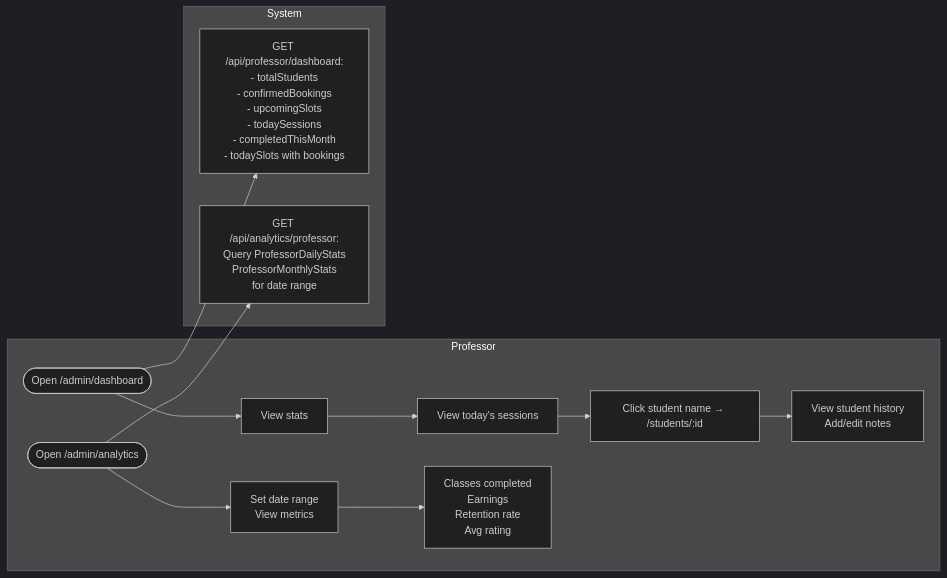
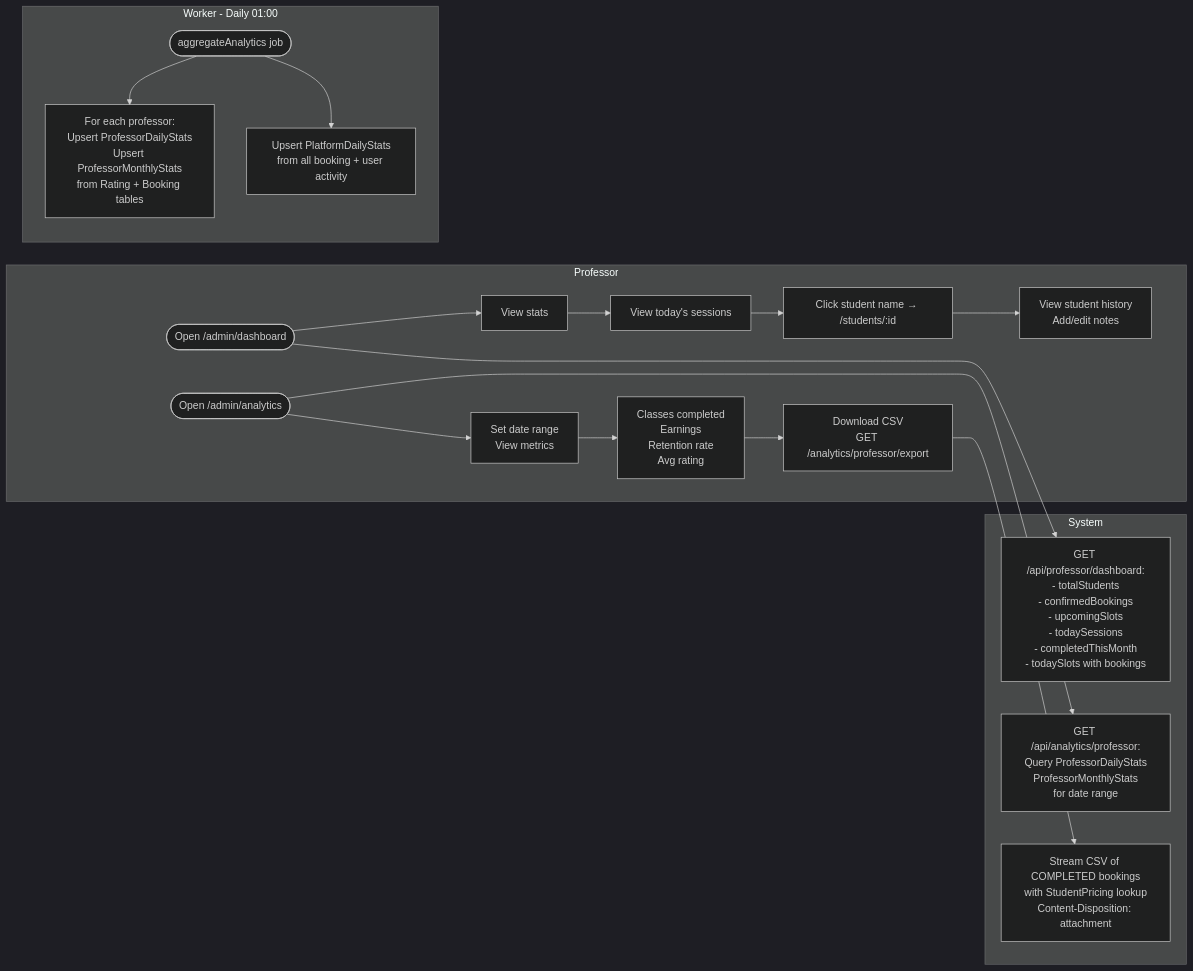
Before and after one commit to thekgiga/spanish-class: diagram 15 of 21 in docs/bpmn/processes-overview.md, drawn with Mermaid (dark theme). The commit also changed other lines of this file and 7 other files, not shown here.

First line of the commit message:
feat(analytics): resolve AN1–AN5 — student stats, platform stats, ratings flow, CSV export

````diff
--- a/docs/bpmn/processes-overview.md
+++ b/docs/bpmn/processes-overview.md
@@ -701,17 +701,24 @@
 ```mermaid
 flowchart LR
   subgraph Professor
     A([Open /admin/dashboard]) --> B[View stats]
     B --> C[View today's sessions]
     C --> D[Click student name → /students/:id]
     D --> E[View student history\nAdd/edit notes]
 
     A2([Open /admin/analytics]) --> F[Set date range\nView metrics]
     F --> G[Classes completed\nEarnings\nRetention rate\nAvg rating]
+    G --> EXP[Download CSV\nGET /analytics/professor/export]
   end
 
   subgraph System
     A --> SYS1[GET /api/professor/dashboard:\n- totalStudents\n- confirmedBookings\n- upcomingSlots\n- todaySessions\n- completedThisMonth\n- todaySlots with bookings]
     A2 --> SYS2[GET /api/analytics/professor:\nQuery ProfessorDailyStats\nProfessorMonthlyStats\nfor date range]
+    EXP --> SYS3[Stream CSV of COMPLETED bookings\nwith StudentPricing lookup\nContent-Disposition: attachment]
+  end
+
+  subgraph Worker[Worker - Daily 01:00]
+    W1([aggregateAnalytics job]) --> W2[For each professor:\nUpsert ProfessorDailyStats\nUpsert ProfessorMonthlyStats\nfrom Rating + Booking tables]
+    W1 --> W3[Upsert PlatformDailyStats\nfrom all booking + user activity]
   end
 ```
````
